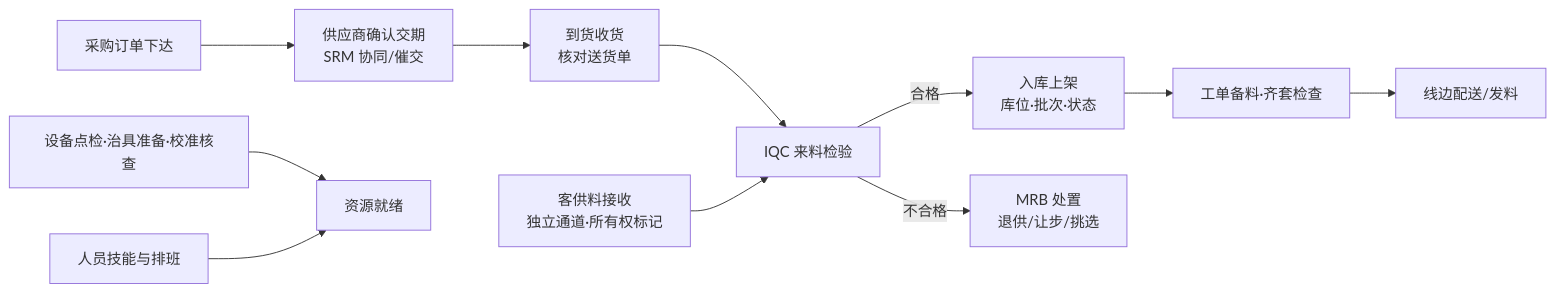
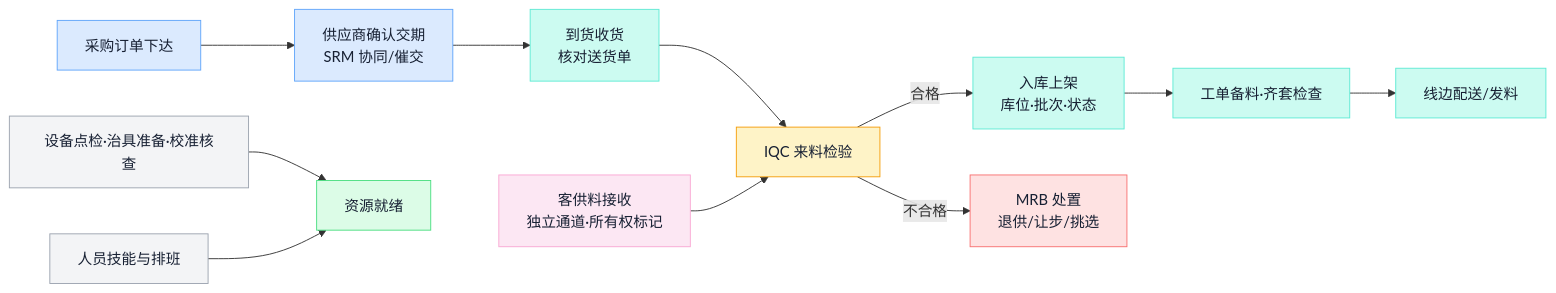
Before and after one commit to ink-hz/AI-Manufacturing-Platform: the ninth of 16 diagrams in docs/manufacturing-system-handbook.md, drawn with Mermaid. The commit also changed other lines of this file, not shown here.

Commit message:
docs: publish maintained handbook diagram colors

````diff
--- a/docs/manufacturing-system-handbook.md
+++ b/docs/manufacturing-system-handbook.md
@@ -382,13 +467,27 @@
 ```mermaid
 flowchart LR
     A[采购订单下达] --> B[供应商确认交期<br/>SRM 协同/催交]
     B --> C[到货收货<br/>核对送货单]
     C --> D[IQC 来料检验]
     D -->|合格| E[入库上架<br/>库位·批次·状态]
     D -->|不合格| F[MRB 处置<br/>退供/让步/挑选]
     OEM1[客供料接收<br/>独立通道·所有权标记] --> D
     E --> G[工单备料·齐套检查]
     G --> H[线边配送/发料]
     R1[设备点检·治具准备·校准核查] --> I[资源就绪]
     R2[人员技能与排班] --> I
+    class A,B biz
+    class C,E,G,H flow
+    class D qa
+    class F risk
+    class OEM1 cust
+    class R1,R2 store
+    class I exec
+    classDef biz fill:#DBEAFE,stroke:#60A5FA,color:#172033;
+    classDef flow fill:#CCFBF1,stroke:#5EEAD4,color:#172033;
+    classDef qa fill:#FEF3C7,stroke:#F59E0B,color:#172033;
+    classDef risk fill:#FEE2E2,stroke:#F87171,color:#172033;
+    classDef cust fill:#FCE7F3,stroke:#F9A8D4,color:#172033;
+    classDef store fill:#F3F4F6,stroke:#9CA3AF,color:#172033;
+    classDef exec fill:#DCFCE7,stroke:#4ADE80,color:#172033;
 ```
````
